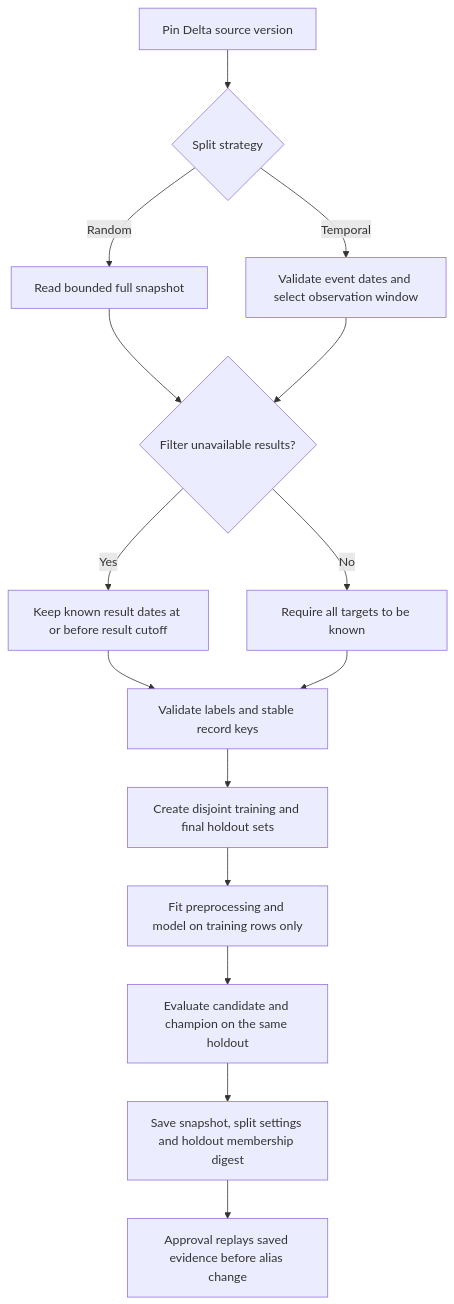
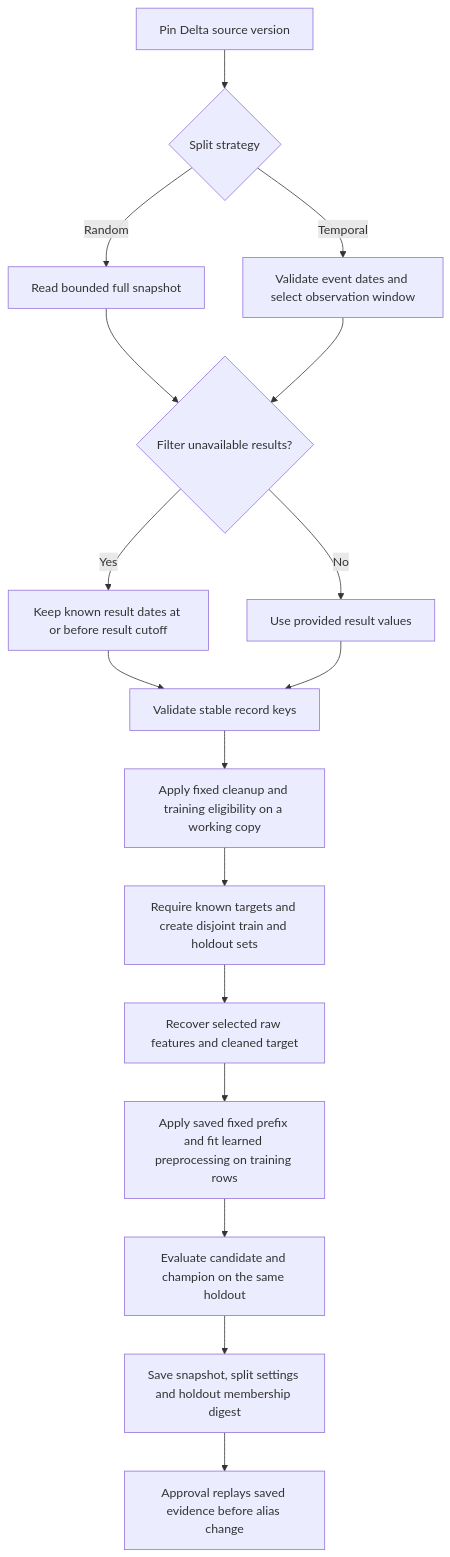
The second of 3 diagrams in docs/user_guide/databricks_bundle_walkthrough.md (flyingriverhorse/Skyulf), drawn with Mermaid before and after one commit. The commit also changed other lines of this file and 30 other files, not shown here.

````diff
--- a/docs/user_guide/databricks_bundle_walkthrough.md
+++ b/docs/user_guide/databricks_bundle_walkthrough.md
@@ -154,17 +252,19 @@
 ```mermaid
 flowchart TD
     S[Pin Delta source version] --> P{Split strategy}
     P -->|Random| R[Read bounded full snapshot]
     P -->|Temporal| T[Validate event dates and select observation window]
     R --> A{Filter unavailable results?}
     T --> A
     A -->|Yes| F[Keep known result dates at or before result cutoff]
-    A -->|No| L[Require all targets to be known]
-    F --> K[Validate labels and stable record keys]
+    A -->|No| L[Use provided result values]
+    F --> K[Validate stable record keys]
     L --> K
-    K --> H[Create disjoint training and final holdout sets]
-    H --> M[Fit preprocessing and model on training rows only]
+    K --> C[Apply fixed cleanup and training eligibility on a working copy]
+    C --> H[Require known targets and create disjoint train and holdout sets]
+    H --> R0[Recover selected raw features and cleaned target]
+    R0 --> M[Apply saved fixed prefix and fit learned preprocessing on training rows]
     M --> E[Evaluate candidate and champion on the same holdout]
     E --> V[Save snapshot, split settings and holdout membership digest]
     V --> O[Approval replays saved evidence before alias change]
 ```
````
